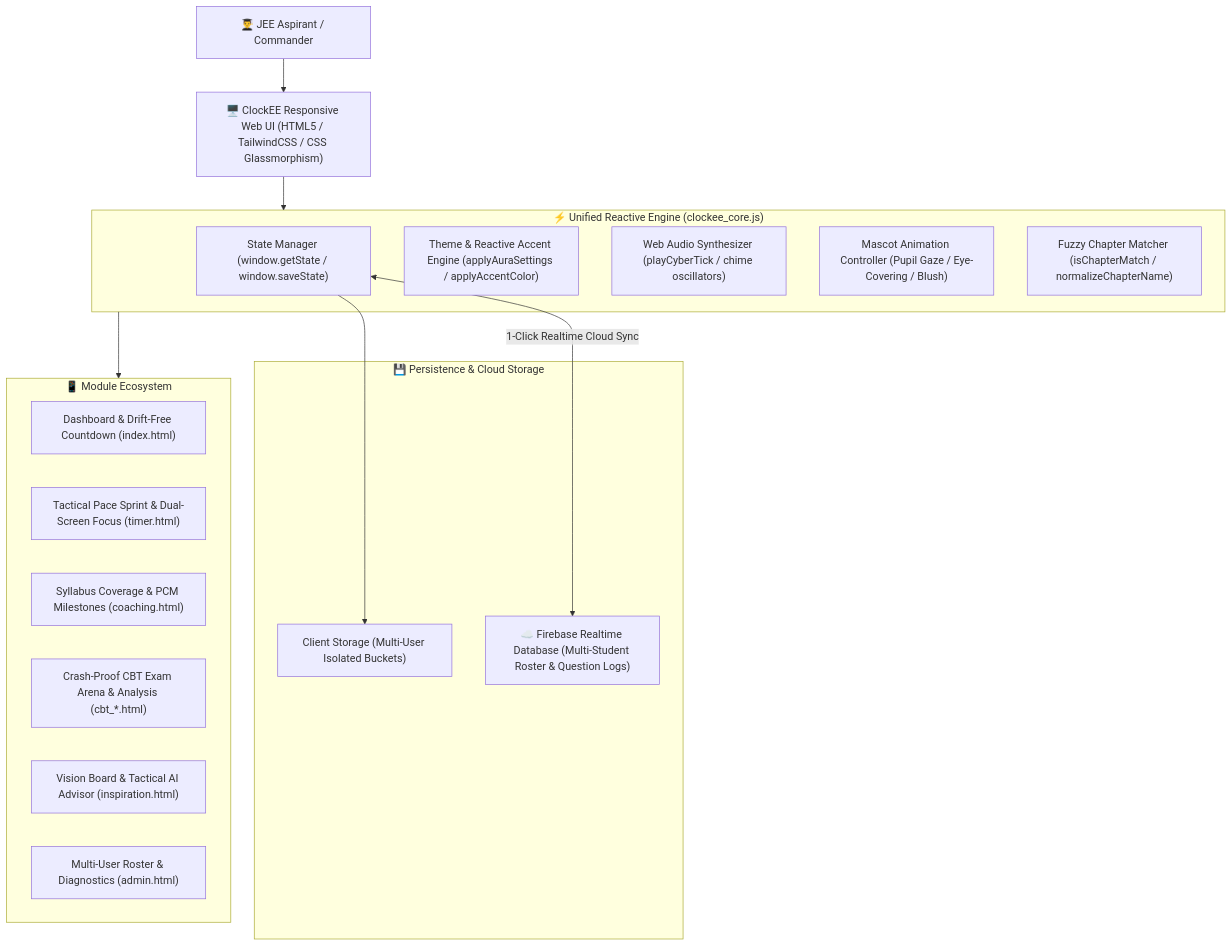
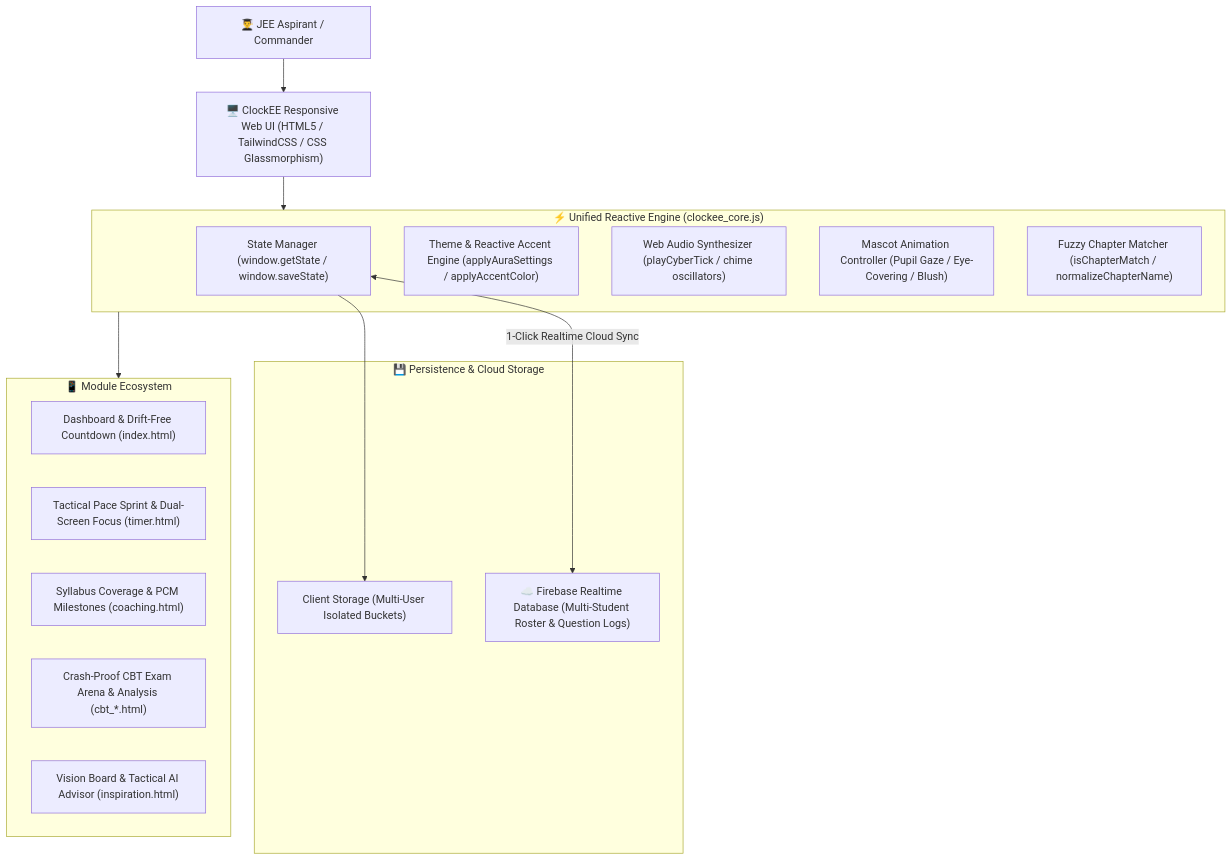
Before and after one commit to galacticzenpai/ClockEE: the diagram in README.md, drawn with Mermaid. The commit also changed other lines of this file, not shown here.

First line of the commit message:
Update README to remove links from admin sections

````diff
--- a/README.md
+++ b/README.md
@@ -128,33 +128,32 @@
 ```mermaid
 flowchart TD
     User["👨‍🎓 JEE Aspirant / Commander"] --> WebUI["🖥️ ClockEE Responsive Web UI (HTML5 / TailwindCSS / CSS Glassmorphism)"]
     
     subgraph CoreEngine ["⚡ Unified Reactive Engine (clockee_core.js)"]
         StateMgr["State Manager (window.getState / window.saveState)"]
         ThemeEngine["Theme & Reactive Accent Engine (applyAuraSettings / applyAccentColor)"]
         AudioSynth["Web Audio Synthesizer (playCyberTick / chime oscillators)"]
         MascotController["Mascot Animation Controller (Pupil Gaze / Eye-Covering / Blush)"]
         FuzzyMatcher["Fuzzy Chapter Matcher (isChapterMatch / normalizeChapterName)"]
     end
     
     WebUI --> CoreEngine
     
     subgraph DataTier ["💾 Persistence & Cloud Storage"]
         LocalStorage["Client Storage (Multi-User Isolated Buckets)"]
         FirebaseRTDB["☁️ Firebase Realtime Database (Multi-Student Roster & Question Logs)"]
     end
     
     StateMgr --> LocalStorage
     StateMgr <-->|"1-Click Realtime Cloud Sync"| FirebaseRTDB
     
     subgraph ModuleEcosystem ["📱 Module Ecosystem"]
         HomeModule["Dashboard & Drift-Free Countdown (index.html)"]
         SprintModule["Tactical Pace Sprint & Dual-Screen Focus (timer.html)"]
         CoachingModule["Syllabus Coverage & PCM Milestones (coaching.html)"]
         CBTModule["Crash-Proof CBT Exam Arena & Analysis (cbt_*.html)"]
         InspirationModule["Vision Board & Tactical AI Advisor (inspiration.html)"]
-        AdminModule["Multi-User Roster & Diagnostics (admin.html)"]
     end
     
     CoreEngine --> ModuleEcosystem
 ```
````
